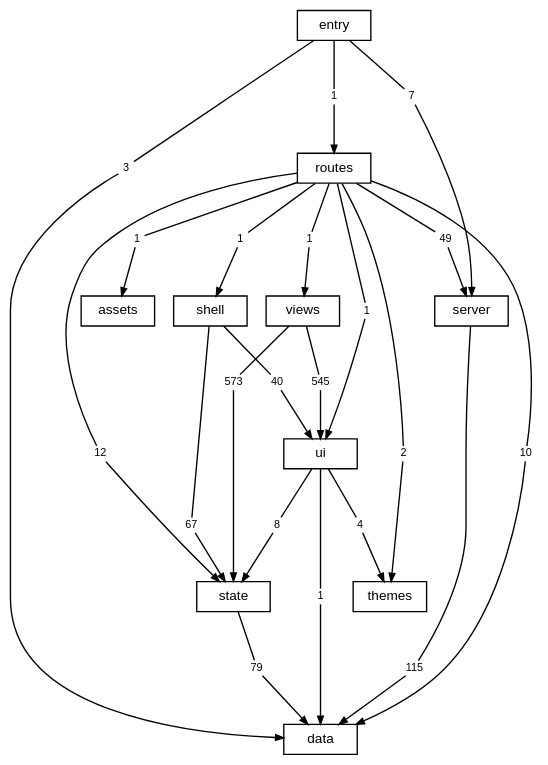
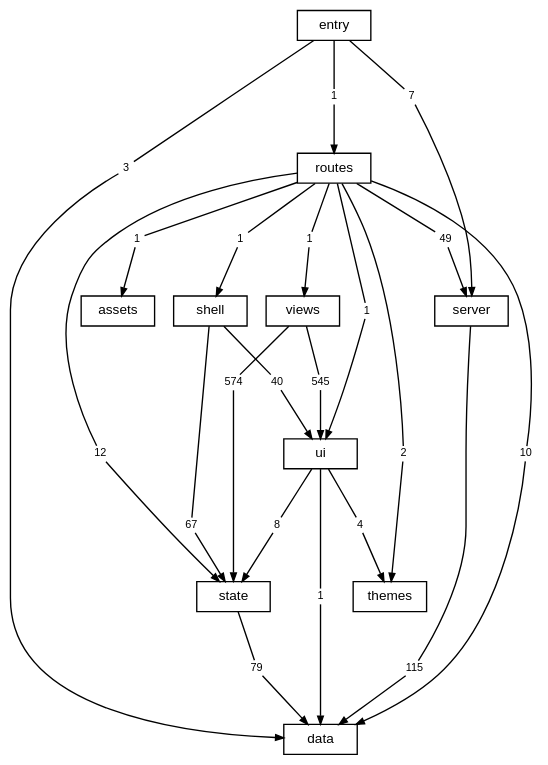
Before and after one commit to TheAxeC/oculus: the diagram in docs/diagrams/layers.dot, drawn with Graphviz. The commit also changed 21 other files, not shown here.

First line of the commit message:
Land Q86: the Map laid out by Graphviz's neato in the page

```diff
--- a/docs/diagrams/layers.dot
+++ b/docs/diagrams/layers.dot
@@ -1,75 +1,75 @@
 digraph layers {
     graph [bgcolor="transparent", rankdir=TB, newrank=true, fontname="Helvetica,Arial,sans-serif", fontsize=12, nodesep=0.2, ranksep=0.5];
     node [shape=box, color="black", fontcolor="black", fontname="Helvetica,Arial,sans-serif", fontsize=10, height=0.3, margin="0.12,0.04"];
     edge [color="black", fontcolor="black", fontname="Helvetica,Arial,sans-serif", fontsize=8, arrowsize=0.6];
     "data";
     "server";
     "state";
     "ui";
     "shell";
     "views";
     "themes";
     "routes";
     "src" [label="entry"];
     "files: assets" [label="assets"];
     "routes to data" [label="10", shape=box, color="transparent", fontsize=8, width=0, height=0, margin="0.04,0.02"];
     "routes" -> "routes to data" [arrowhead=none];
     "routes to data" -> "data" [];
     "routes to files: assets" [label="1", shape=box, color="transparent", fontsize=8, width=0, height=0, margin="0.04,0.02"];
     "routes" -> "routes to files: assets" [arrowhead=none];
     "routes to files: assets" -> "files: assets" [];
     "routes to server" [label="49", shape=box, color="transparent", fontsize=8, width=0, height=0, margin="0.04,0.02"];
     "routes" -> "routes to server" [arrowhead=none];
     "routes to server" -> "server" [];
     "routes to shell" [label="1", shape=box, color="transparent", fontsize=8, width=0, height=0, margin="0.04,0.02"];
     "routes" -> "routes to shell" [arrowhead=none];
     "routes to shell" -> "shell" [];
     "routes to state" [label="12", shape=box, color="transparent", fontsize=8, width=0, height=0, margin="0.04,0.02"];
     "routes" -> "routes to state" [arrowhead=none];
     "routes to state" -> "state" [];
     "routes to themes" [label="2", shape=box, color="transparent", fontsize=8, width=0, height=0, margin="0.04,0.02"];
     "routes" -> "routes to themes" [arrowhead=none];
     "routes to themes" -> "themes" [];
     "routes to ui" [label="1", shape=box, color="transparent", fontsize=8, width=0, height=0, margin="0.04,0.02"];
     "routes" -> "routes to ui" [arrowhead=none];
     "routes to ui" -> "ui" [];
     "routes to views" [label="1", shape=box, color="transparent", fontsize=8, width=0, height=0, margin="0.04,0.02"];
     "routes" -> "routes to views" [arrowhead=none];
     "routes to views" -> "views" [];
     "server to data" [label="115", shape=box, color="transparent", fontsize=8, width=0, height=0, margin="0.04,0.02"];
     "server" -> "server to data" [arrowhead=none];
     "server to data" -> "data" [];
     "shell to state" [label="67", shape=box, color="transparent", fontsize=8, width=0, height=0, margin="0.04,0.02"];
     "shell" -> "shell to state" [arrowhead=none];
     "shell to state" -> "state" [];
     "shell to ui" [label="40", shape=box, color="transparent", fontsize=8, width=0, height=0, margin="0.04,0.02"];
     "shell" -> "shell to ui" [arrowhead=none];
     "shell to ui" -> "ui" [];
     "src to data" [label="3", shape=box, color="transparent", fontsize=8, width=0, height=0, margin="0.04,0.02"];
     "src" -> "src to data" [arrowhead=none];
     "src to data" -> "data" [];
     "src to routes" [label="1", shape=box, color="transparent", fontsize=8, width=0, height=0, margin="0.04,0.02"];
     "src" -> "src to routes" [arrowhead=none];
     "src to routes" -> "routes" [];
     "src to server" [label="7", shape=box, color="transparent", fontsize=8, width=0, height=0, margin="0.04,0.02"];
     "src" -> "src to server" [arrowhead=none];
     "src to server" -> "server" [];
     "state to data" [label="79", shape=box, color="transparent", fontsize=8, width=0, height=0, margin="0.04,0.02"];
     "state" -> "state to data" [arrowhead=none];
     "state to data" -> "data" [];
     "ui to data" [label="1", shape=box, color="transparent", fontsize=8, width=0, height=0, margin="0.04,0.02"];
     "ui" -> "ui to data" [arrowhead=none];
     "ui to data" -> "data" [];
     "ui to state" [label="8", shape=box, color="transparent", fontsize=8, width=0, height=0, margin="0.04,0.02"];
     "ui" -> "ui to state" [arrowhead=none];
     "ui to state" -> "state" [];
     "ui to themes" [label="4", shape=box, color="transparent", fontsize=8, width=0, height=0, margin="0.04,0.02"];
     "ui" -> "ui to themes" [arrowhead=none];
     "ui to themes" -> "themes" [];
-    "views to state" [label="573", shape=box, color="transparent", fontsize=8, width=0, height=0, margin="0.04,0.02"];
+    "views to state" [label="574", shape=box, color="transparent", fontsize=8, width=0, height=0, margin="0.04,0.02"];
     "views" -> "views to state" [arrowhead=none];
     "views to state" -> "state" [];
     "views to ui" [label="545", shape=box, color="transparent", fontsize=8, width=0, height=0, margin="0.04,0.02"];
     "views" -> "views to ui" [arrowhead=none];
     "views to ui" -> "ui" [];
 }
```
